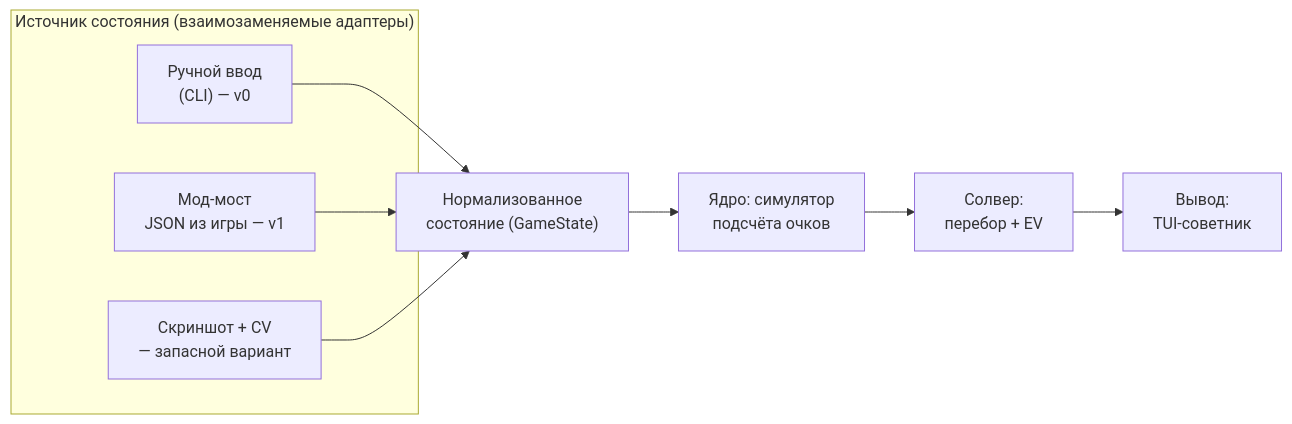
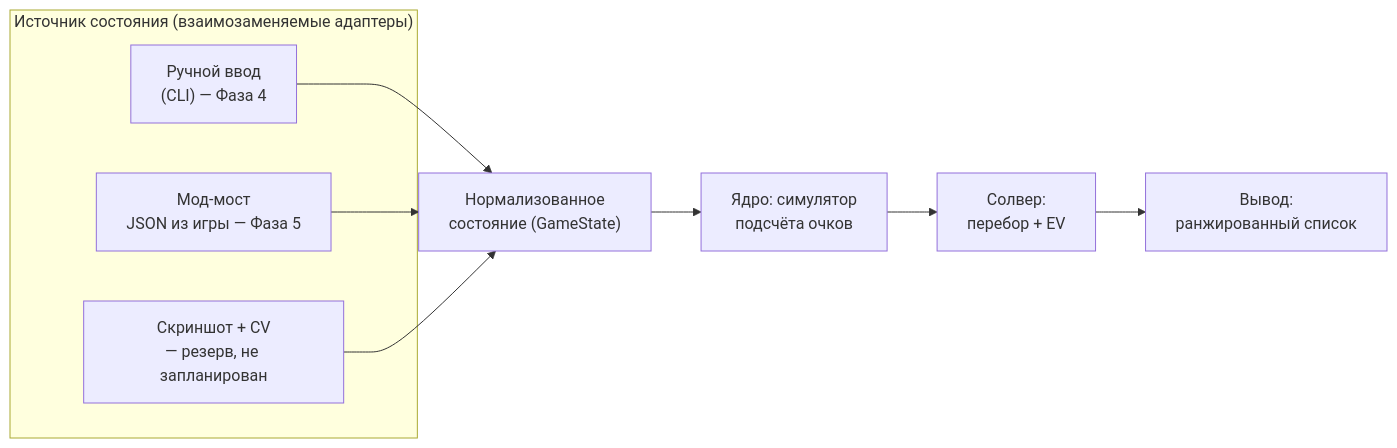
The diagram in PLAN.md (MrBoomer1981/Bot_for_Roglike), drawn with Mermaid before and after one commit. The commit also changed other lines of this file and 1 other file, not shown here.

````diff
--- a/PLAN.md
+++ b/PLAN.md
@@ -73,15 +87,15 @@
 ```mermaid
 flowchart LR
     subgraph src["Источник состояния (взаимозаменяемые адаптеры)"]
-        A1["Ручной ввод<br/>(CLI) — v0"]
-        A2["Мод-мост<br/>JSON из игры — v1"]
-        A3["Скриншот + CV<br/>— запасной вариант"]
+        A1["Ручной ввод<br/>(CLI) — Фаза 4"]
+        A2["Мод-мост<br/>JSON из игры — Фаза 5"]
+        A3["Скриншот + CV<br/>— резерв, не запланирован"]
     end
     A1 --> S
     A2 --> S
     A3 --> S
     S["Нормализованное<br/>состояние (GameState)"] --> E
     E["Ядро: симулятор<br/>подсчёта очков"] --> V
     V["Солвер:<br/>перебор + EV"] --> U
-    U["Вывод:<br/>TUI-советник"]
+    U["Вывод:<br/>ранжированный список"]
 ```
````
